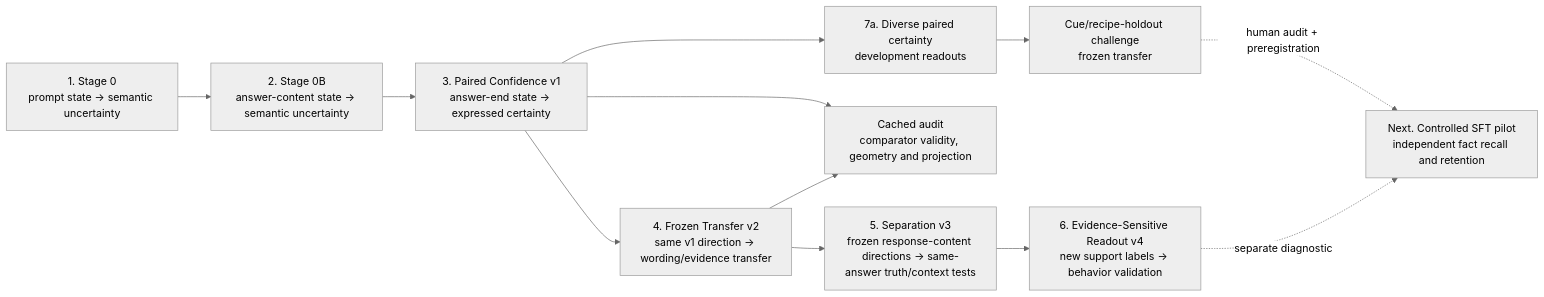
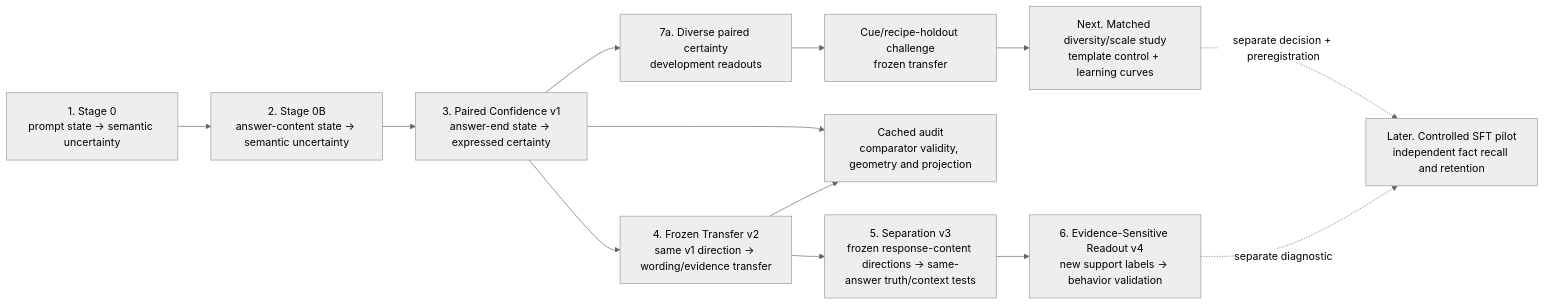
The diagram in docs/experiments/EXPERIMENT_MAP.md (WenyiJin2003/mechanistic-confidence-sdt), drawn with Mermaid (neutral theme) before and after one commit. The commit also changed other lines of this file and 11 other files, not shown here.

Commit message:
Restore full diverse-pair handoff sequence

````diff
--- a/docs/experiments/EXPERIMENT_MAP.md
+++ b/docs/experiments/EXPERIMENT_MAP.md
@@ -213,24 +214,26 @@
 ```mermaid
 flowchart LR
     S0["1. Stage 0<br/>prompt state → semantic uncertainty"]
     S0B["2. Stage 0B<br/>answer-content state → semantic uncertainty"]
     V1["3. Paired Confidence v1<br/>answer-end state → expressed certainty"]
     V2["4. Frozen Transfer v2<br/>same v1 direction → wording/evidence transfer"]
     V3["5. Separation v3<br/>frozen response-content directions → same-answer truth/context tests"]
     Audit["Cached audit<br/>comparator validity, geometry and projection"]
     V4["6. Evidence-Sensitive Readout v4<br/>new support labels → behavior validation"]
     D["7a. Diverse paired certainty<br/>development readouts"]
     H["Cue/recipe-holdout challenge<br/>frozen transfer"]
-    Train["Next. Controlled SFT pilot<br/>independent fact recall and retention"]
+    X["Next. Matched diversity/scale study<br/>template control + learning curves"]
+    Train["Later. Controlled SFT pilot<br/>independent fact recall and retention"]
     S0 --> S0B
     S0B --> V1
     V1 --> V2
     V2 --> V3
     V1 --> Audit
     V2 --> Audit
     V3 --> V4
     V1 --> D
     D --> H
-    H -. "human audit + preregistration" .-> Train
+    H --> X
+    X -. "separate decision + preregistration" .-> Train
     V4 -. "separate diagnostic" .-> Train
 ```
````
